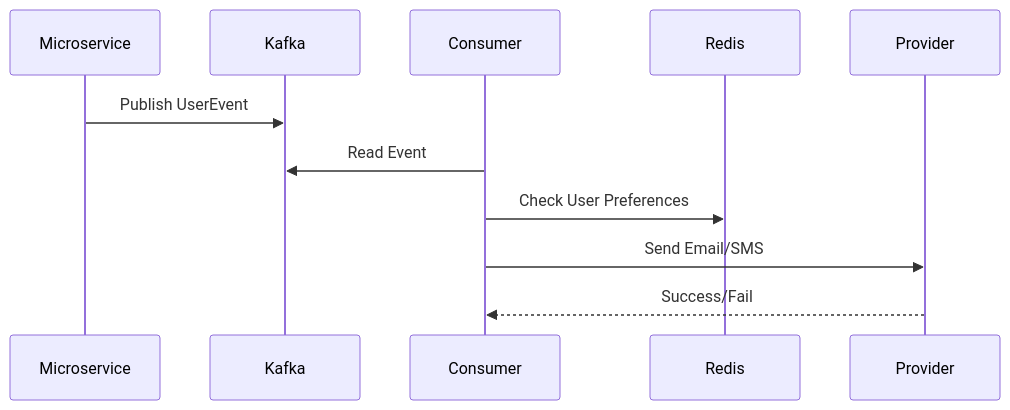
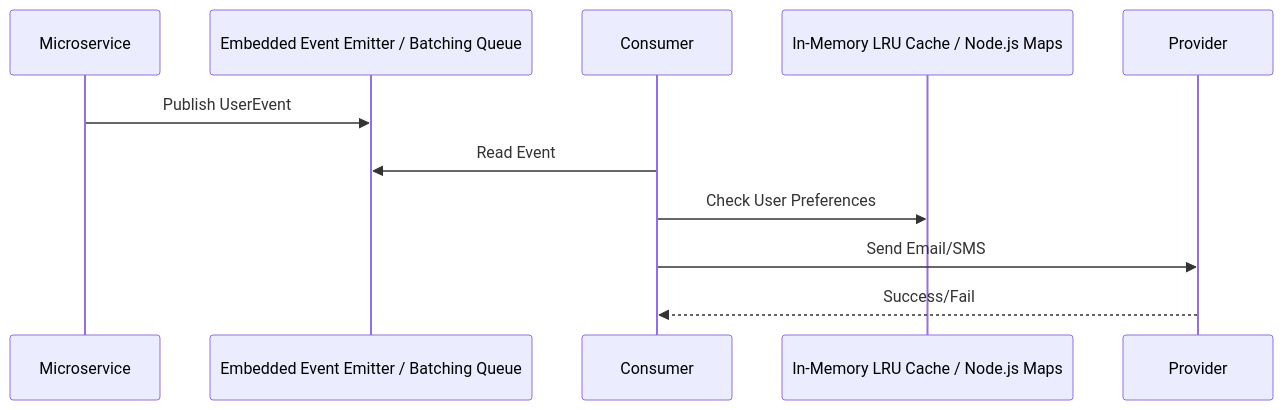
Before and after one commit to SumitDalavi/event-driven-notifications: the diagram in docs/architecture.md, drawn with Mermaid. The commit also changed other lines of this file and 5 other files, not shown here.

Commit message:
docs: update architecture and READMEs to reflect independent embedded microservices

````diff
--- a/docs/architecture.md
+++ b/docs/architecture.md
@@ -6,8 +6,8 @@
 ```mermaid
 sequenceDiagram
-    Microservice->>Kafka: Publish UserEvent
-Consumer->>Kafka: Read Event
-Consumer->>Redis: Check User Preferences
+    Microservice->>Embedded Event Emitter / Batching Queue: Publish UserEvent
+Consumer->>Embedded Event Emitter / Batching Queue: Read Event
+Consumer->>In-Memory LRU Cache / Node.js Maps: Check User Preferences
 Consumer->>Provider: Send Email/SMS
 Provider-->>Consumer: Success/Fail
 ```
````
